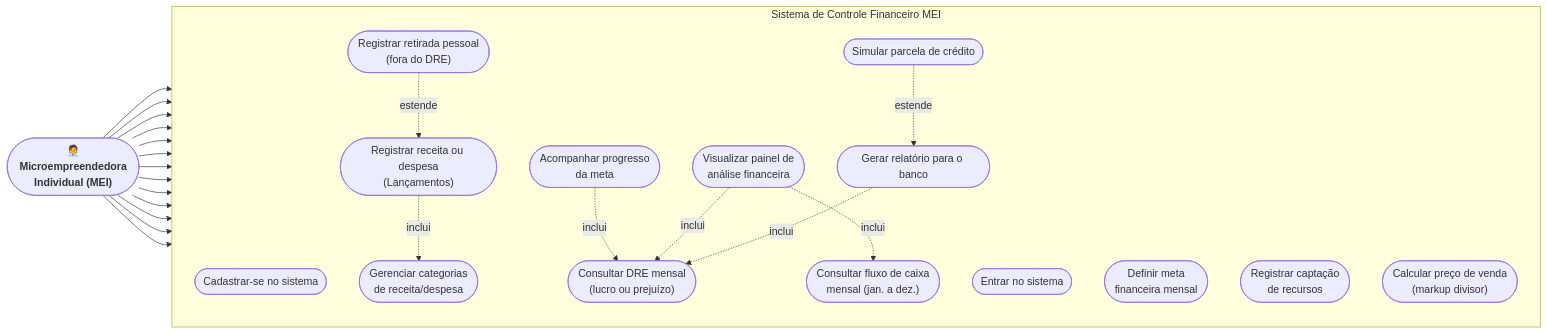
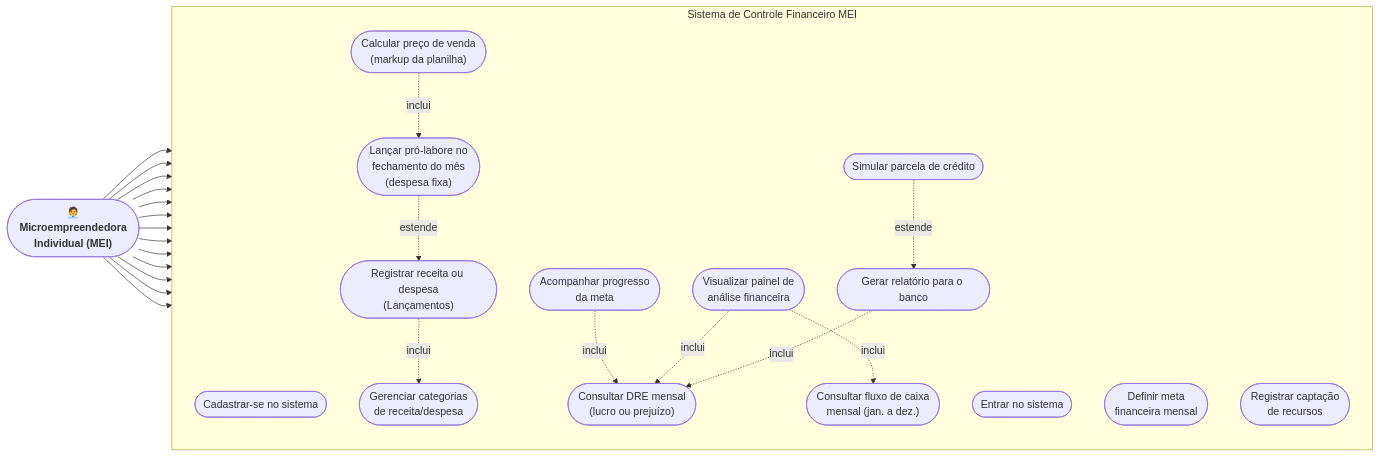
One commit to profetadiario/GFMEI changed the diagram in docs/diagramas/fontes/fig2_casos_de_uso.mmd. Above: the diagram before and after it, drawn with Mermaid. The commit also changed 73 other files, not shown here.

First line of the commit message:
feat: v1.6 — pró-labore no lugar da retirada pessoal e calculadora da planilha (decisões 9 e 10)

```diff
--- a/docs/diagramas/fontes/fig2_casos_de_uso.mmd
+++ b/docs/diagramas/fontes/fig2_casos_de_uso.mmd
@@ -1,27 +1,28 @@
 flowchart LR
     A(["🧑‍💼<br/><b>Microempreendedora<br/>Individual (MEI)</b>"])
     subgraph SIS["Sistema de Controle Financeiro MEI"]
         direction TB
         UC1(["Cadastrar-se no sistema"])
         UC2(["Entrar no sistema"])
         UC3(["Gerenciar categorias<br/>de receita/despesa"])
         UC4(["Registrar receita ou despesa<br/>(Lançamentos)"])
-        UC4b(["Registrar retirada pessoal<br/>(fora do DRE)"])
+        UC4b(["Lançar pró-labore no<br/>fechamento do mês<br/>(despesa fixa)"])
         UC5(["Definir meta<br/>financeira mensal"])
         UC6(["Acompanhar progresso<br/>da meta"])
         UC7(["Registrar captação<br/>de recursos"])
         UC8(["Visualizar painel de<br/>análise financeira"])
         UC9(["Consultar DRE mensal<br/>(lucro ou prejuízo)"])
         UC10(["Consultar fluxo de caixa<br/>mensal (jan. a dez.)"])
-        UC11(["Calcular preço de venda<br/>(markup divisor)"])
+        UC11(["Calcular preço de venda<br/>(markup da planilha)"])
         UC12(["Gerar relatório para o banco"])
         UC13(["Simular parcela de crédito"])
     end
     A --> UC1 & UC2 & UC3 & UC4 & UC4b & UC5 & UC6 & UC7 & UC8 & UC9 & UC10 & UC11 & UC12
     UC4 -. inclui .-> UC3
     UC4b -. estende .-> UC4
     UC6 -. inclui .-> UC9
     UC8 -. inclui .-> UC9
     UC8 -. inclui .-> UC10
     UC12 -. inclui .-> UC9
+    UC11 -. inclui .-> UC4b
     UC13 -. estende .-> UC12
```
